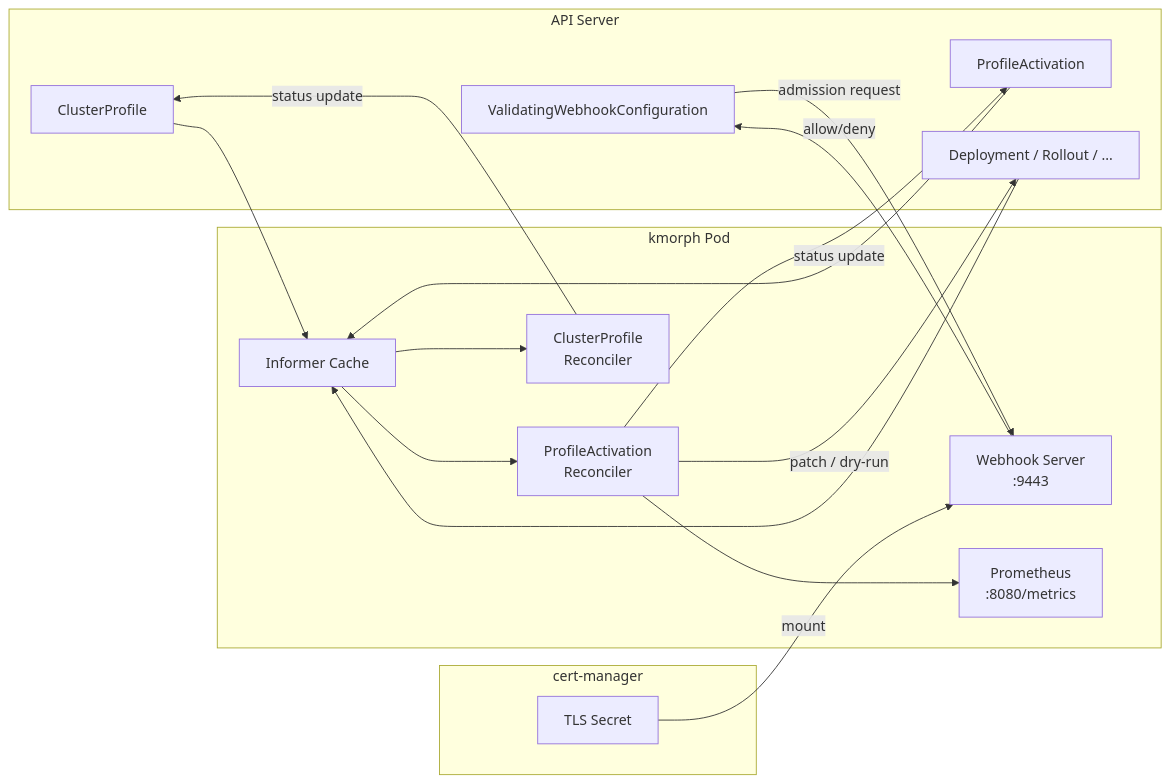
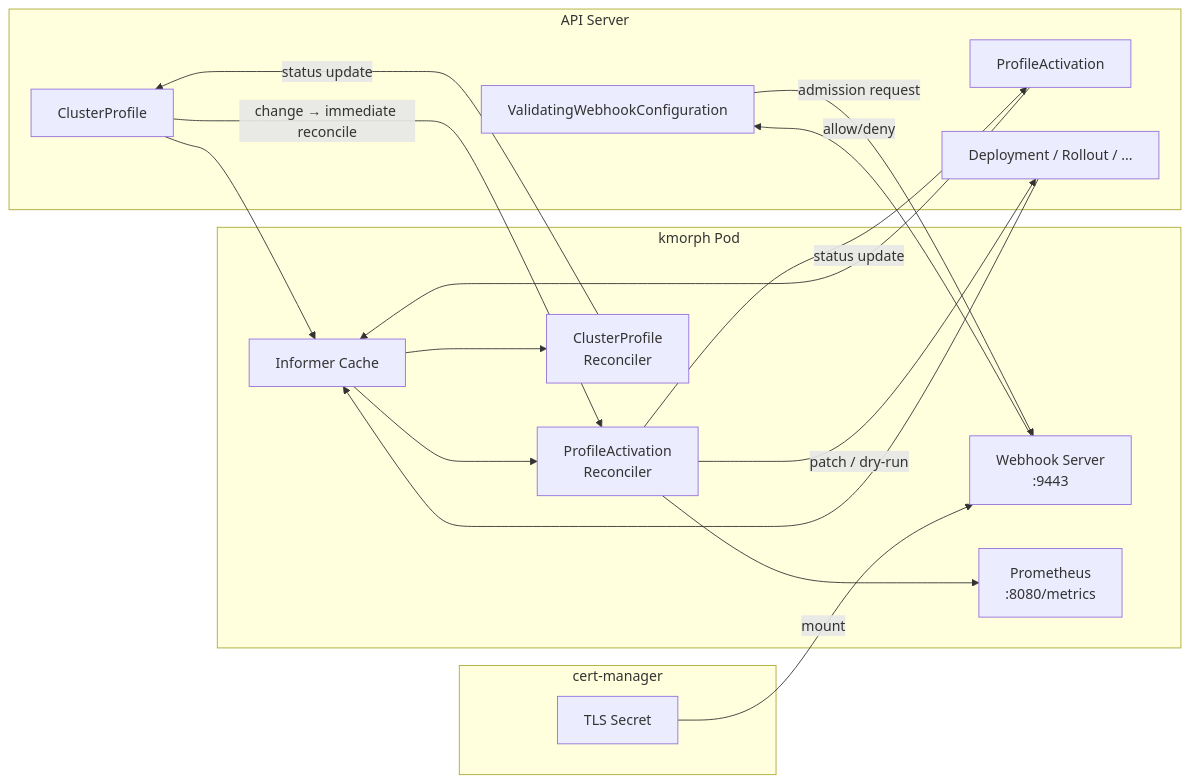
One commit to n0rm4l-me/kmorph changed the sixth of 7 diagrams in docs/architecture.md. Above: the diagram before and after it, drawn with Mermaid. The commit also changed 4 other files, not shown here.

````diff
--- a/docs/architecture.md
+++ b/docs/architecture.md
@@ -160,38 +160,40 @@
 ```mermaid
 graph LR
     subgraph API Server
         CP_API[ClusterProfile]
         PA_API[ProfileActivation]
         Dep[Deployment / Rollout / ...]
         VWC[ValidatingWebhookConfiguration]
     end
 
     subgraph kmorph Pod
         Cache[Informer Cache]
         PAR[ProfileActivation<br/>Reconciler]
         CPR[ClusterProfile<br/>Reconciler]
         WHS[Webhook Server<br/>:9443]
         Metrics[Prometheus<br/>:8080/metrics]
     end
 
     subgraph cert-manager
         TLS[TLS Secret]
     end
 
     CP_API --> Cache
     PA_API --> Cache
     Dep --> Cache
 
     Cache --> PAR
     Cache --> CPR
 
+    CP_API -->|"change → immediate reconcile"| PAR
+
     PAR -->|patch / dry-run| Dep
     PAR -->|status update| PA_API
     CPR -->|status update| CP_API
 
     PAR --> Metrics
 
     VWC -->|admission request| WHS
     TLS -->|mount| WHS
     WHS -->|allow/deny| VWC
 ```
````
